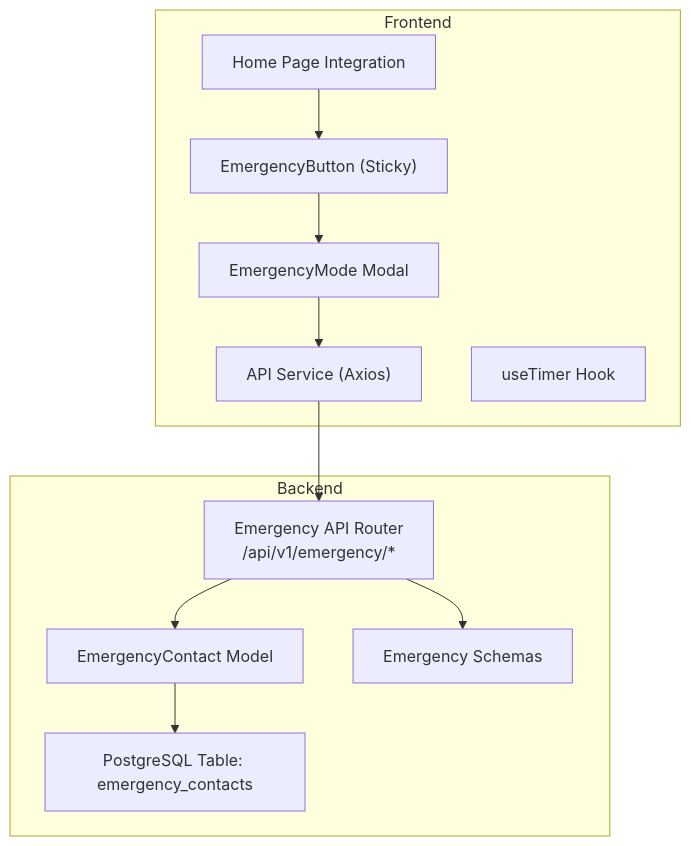
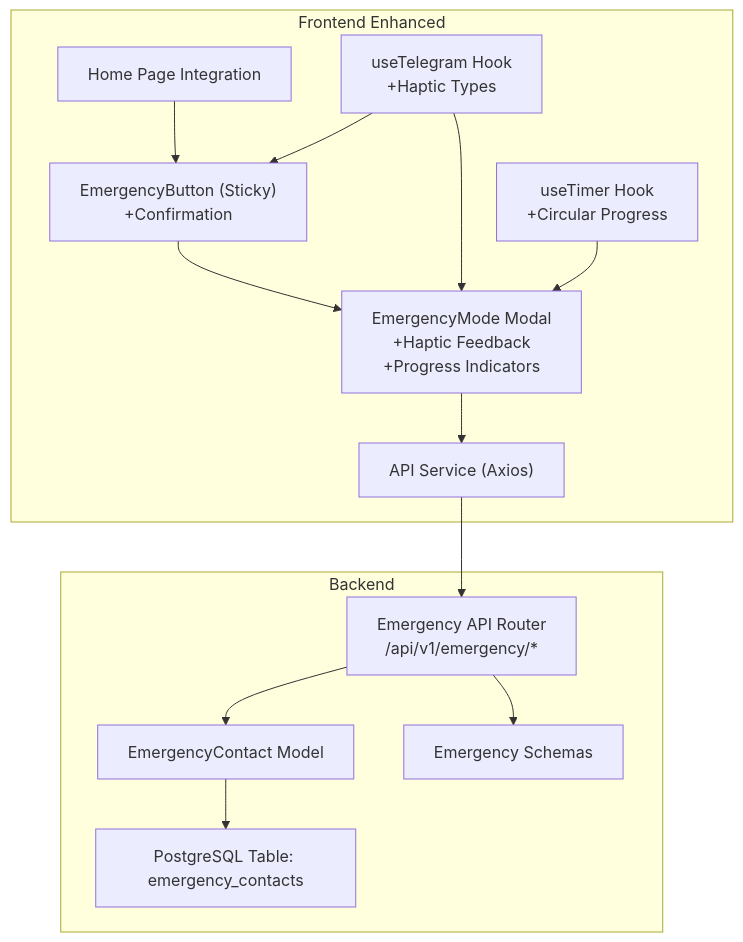
One commit to nilsnavi/fit_trackerpro changed the first of 8 diagrams in .qoder/repowiki/en/content/Feature Implementation/Emergency Mode & Safety Features.md. Above: the diagram before and after it, drawn with Mermaid. The commit also changed other lines of this file and 19 other files, not shown here.

````diff
--- a/.qoder/repowiki/en/content/Feature Implementation/Emergency Mode & Safety Features.md
+++ b/.qoder/repowiki/en/content/Feature Implementation/Emergency Mode & Safety Features.md
@@ -36,23 +47,27 @@
 ```mermaid
 graph TB
 subgraph "Backend"
 API["Emergency API Router<br/>/api/v1/emergency/*"]
 Model["EmergencyContact Model"]
 Schema["Emergency Schemas"]
 DB["PostgreSQL Table: emergency_contacts"]
 end
-subgraph "Frontend"
-Modal["EmergencyMode Modal"]
-Button["EmergencyButton (Sticky)"]
+subgraph "Frontend Enhanced"
+Modal["EmergencyMode Modal<br/>+Haptic Feedback<br/>+Progress Indicators"]
+Button["EmergencyButton (Sticky)<br/>+Confirmation"]
 Services["API Service (Axios)"]
-Timer["useTimer Hook"]
+Timer["useTimer Hook<br/>+Circular Progress"]
+Telegram["useTelegram Hook<br/>+Haptic Types"]
 Home["Home Page Integration"]
 end
 Home --> Button
 Button --> Modal
 Modal --> Services
 Services --> API
 API --> Model
 Model --> DB
 API --> Schema
+Telegram --> Modal
+Telegram --> Button
+Timer --> Modal
 ```
````
